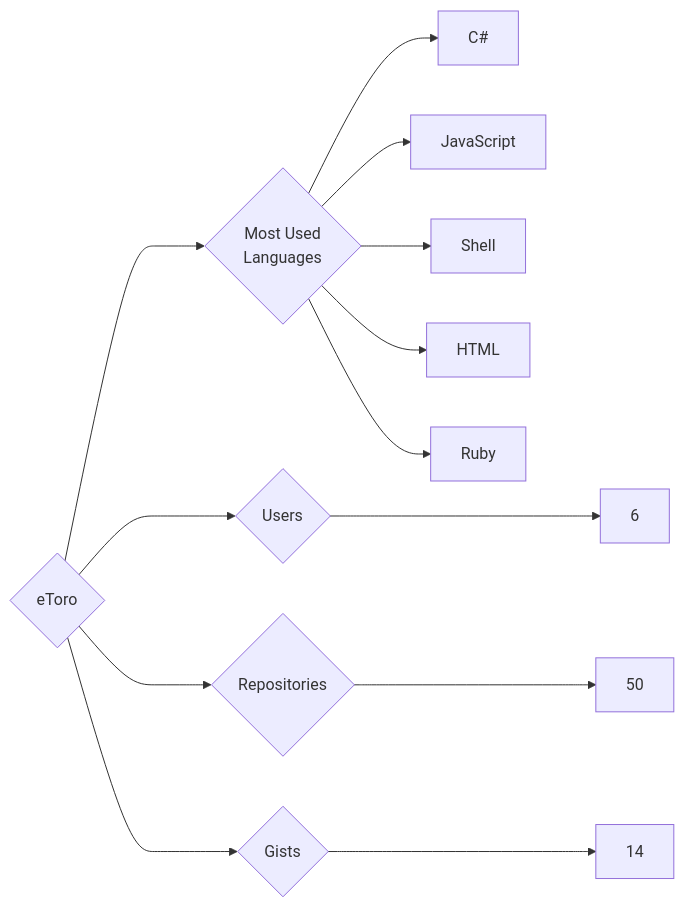
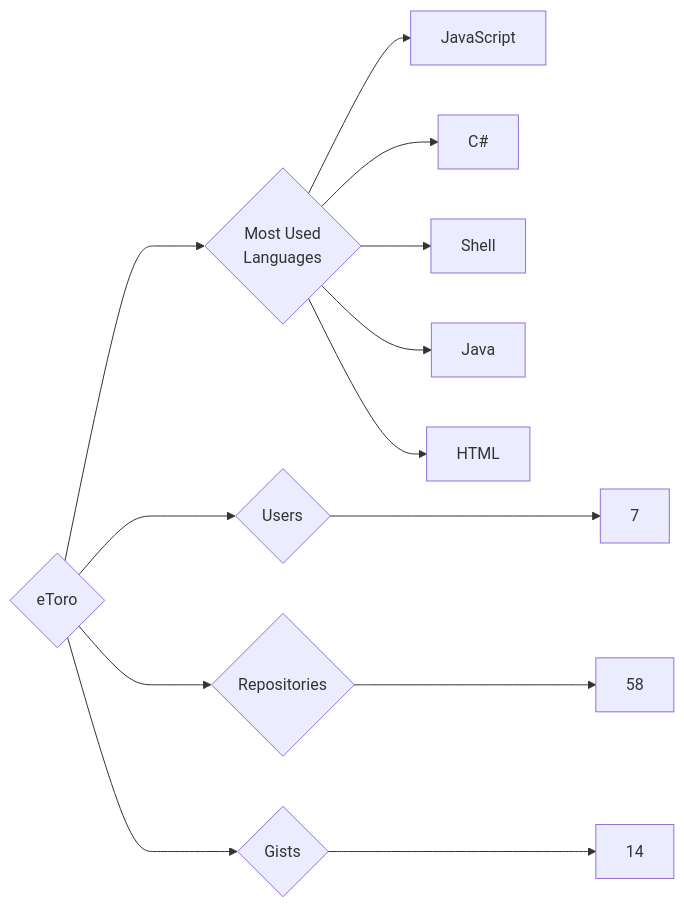
Before and after one commit to trickest/insiders: the diagram in targets/eToro/README.md, drawn with Mermaid. The commit also changed 993 other files, not shown here.

````diff
--- a/targets/eToro/README.md
+++ b/targets/eToro/README.md
@@ -3,13 +3,13 @@
 ```mermaid
 graph LR
 COMPANY_NAME{eToro}
-COMPANY_NAME ---> U{Users} ---> UN[6]
-COMPANY_NAME ---> R{Repositories} ---> RN[50]
+COMPANY_NAME ---> U{Users} ---> UN[7]
+COMPANY_NAME ---> R{Repositories} ---> RN[58]
 COMPANY_NAME ---> G{Gists} ---> GN[14]
 COMPANY_NAME ---> ML{Most Used<br>Languages}
+ML --> JavaScript[JavaScript]
 ML --> C#[C#]
-ML --> JavaScript[JavaScript]
 ML --> Shell[Shell]
+ML --> Java[Java]
 ML --> HTML[HTML]
-ML --> Ruby[Ruby]
 ```
````
